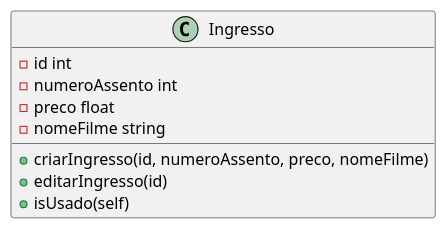
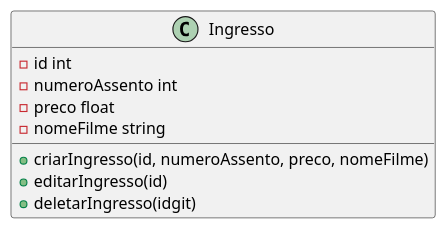
One commit to anleaes/2023-1-N1-POO-04 changed the diagram in ingresso.plantuml. Above: the diagram before and after it, drawn with PlantUML.

Commit message:
inserido metodo deletar

```diff
--- a/ingresso.plantuml
+++ b/ingresso.plantuml
@@ -1,13 +1,14 @@
 @startuml
 
 class Ingresso {
     - id int
     - numeroAssento int
     - preco float
     - nomeFilme string
     + criarIngresso(id, numeroAssento, preco, nomeFilme)
     + editarIngresso(id)
-    + isUsado(self)
+    + deletarIngresso(idgit)
+    
 }
 
 @enduml
```
